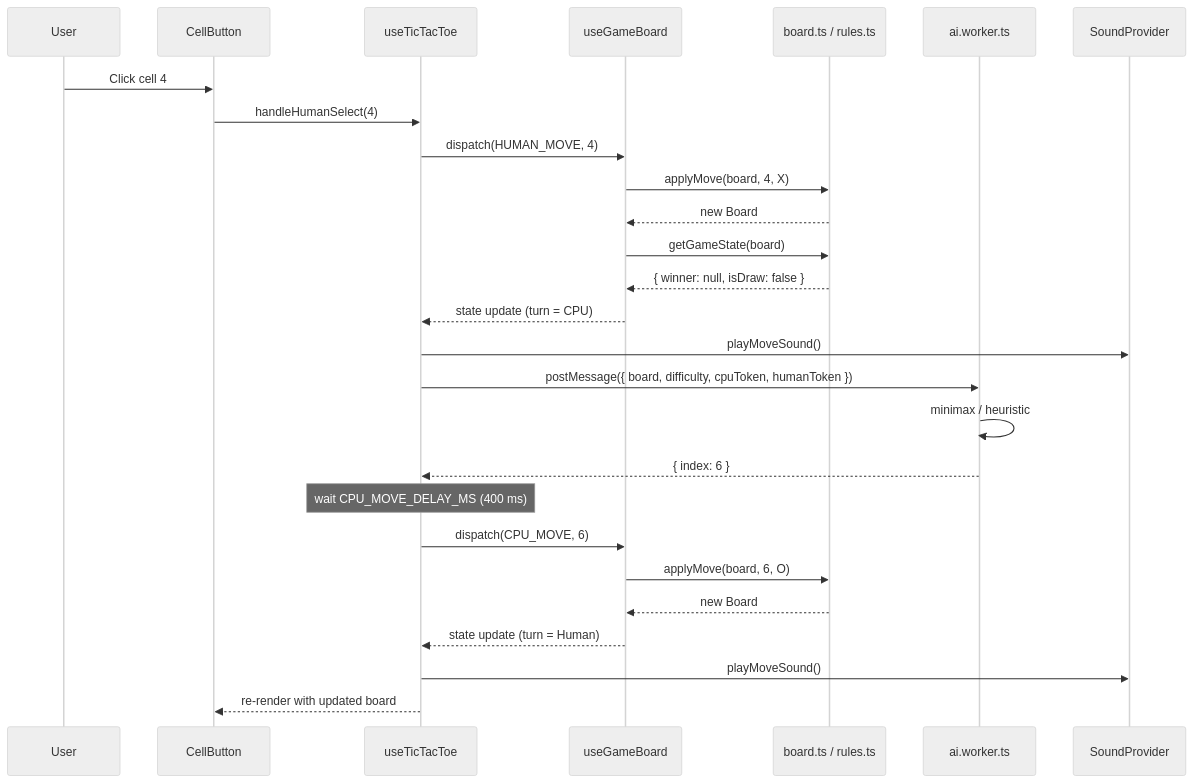
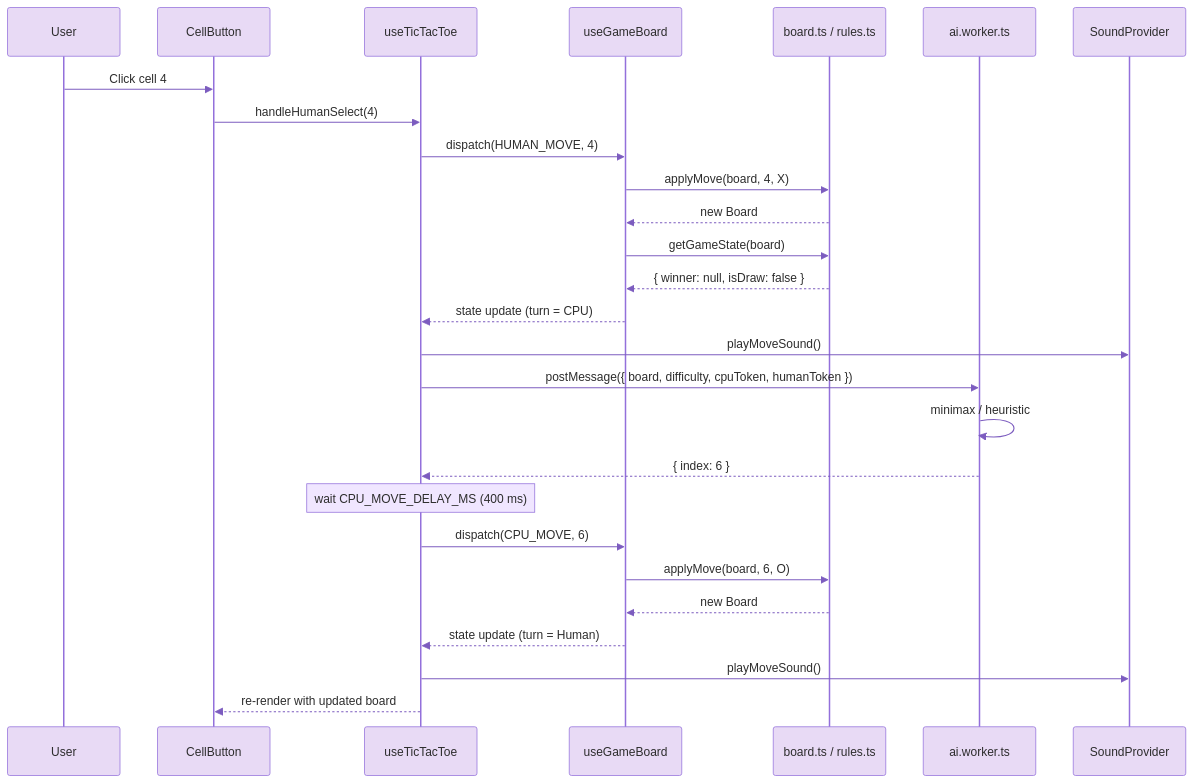
One commit to scottdreinhart/tictactoe changed the seventh of 9 diagrams in README.md. Above: the diagram before and after it, drawn with Mermaid. The commit also changed other lines of this file, not shown here.

Commit message:
docs: use lilac/purple theme with rounded nodes for all Mermaid diagrams

````diff
--- a/README.md
+++ b/README.md
@@ -706,31 +706,31 @@
 ```mermaid
-%%{init: {'theme': 'neutral'}}%%
+%%{init: {'theme': 'base', 'themeVariables': {'primaryColor': '#e8daf5', 'primaryTextColor': '#2d2d2d', 'primaryBorderColor': '#9370DB', 'lineColor': '#7c5cbf', 'secondaryColor': '#f0e6ff', 'tertiaryColor': '#f8f2ff', 'actorBkg': '#e8daf5', 'actorBorder': '#9370DB', 'actorTextColor': '#2d2d2d', 'activationBkgColor': '#f0e6ff', 'activationBorderColor': '#9370DB', 'signalColor': '#7c5cbf', 'signalTextColor': '#2d2d2d', 'noteBkgColor': '#f0e6ff', 'noteBorderColor': '#9370DB', 'noteTextColor': '#2d2d2d', 'fontFamily': 'system-ui'}}}%%
 sequenceDiagram
     participant User
     participant UI as CellButton
     participant Hook as useTicTacToe
     participant Reducer as useGameBoard
     participant Domain as board.ts / rules.ts
     participant Worker as ai.worker.ts
     participant Sound as SoundProvider
 
     User->>UI: Click cell 4
     UI->>Hook: handleHumanSelect(4)
     Hook->>Reducer: dispatch(HUMAN_MOVE, 4)
     Reducer->>Domain: applyMove(board, 4, X)
     Domain-->>Reducer: new Board
     Reducer->>Domain: getGameState(board)
     Domain-->>Reducer: { winner: null, isDraw: false }
     Reducer-->>Hook: state update (turn = CPU)
     Hook->>Sound: playMoveSound()
     Hook->>Worker: postMessage({ board, difficulty, cpuToken, humanToken })
     Worker->>Worker: minimax / heuristic
     Worker-->>Hook: { index: 6 }
     Note over Hook: wait CPU_MOVE_DELAY_MS (400 ms)
     Hook->>Reducer: dispatch(CPU_MOVE, 6)
     Reducer->>Domain: applyMove(board, 6, O)
     Domain-->>Reducer: new Board
     Reducer-->>Hook: state update (turn = Human)
     Hook->>Sound: playMoveSound()
     Hook-->>UI: re-render with updated board
 ```
````
